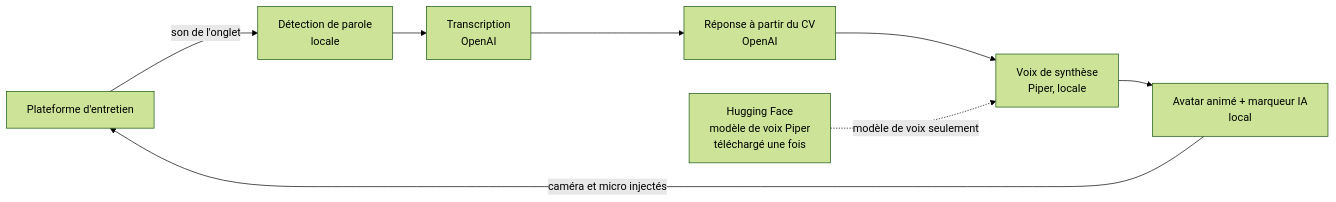
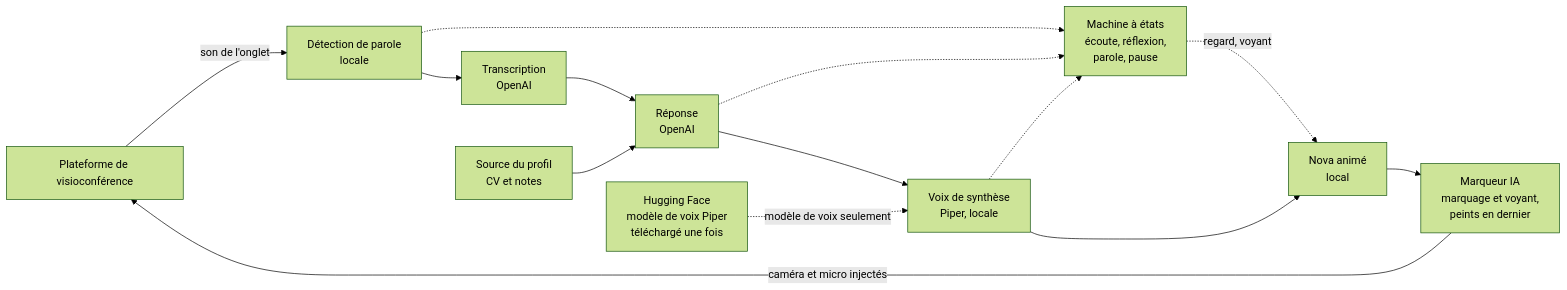
One commit to Donavan-projects/otherself changed the diagram in README.md. Above: the diagram before and after it, drawn with Mermaid (forest theme). The commit also changed other lines of this file and 4 other files, not shown here.

Commit message:
Étape 5 : mission en trois niveaux (projet OtherSelf, prototype Nova, démo de l'entretien automatisé), README réorganisé et version anglaise (README.en.md), spec et visuel marqués comme historiques, bandeau signalé comme remplacé dans les étapes

````diff
--- a/README.md
+++ b/README.md
@@ -22,10 +34,17 @@
 ```mermaid
 flowchart LR
-  P["Plateforme d'entretien"] -->|"son de l'onglet"| D["Détection de parole<br/>locale"]
+  P["Plateforme de visioconférence"] -->|"son de l'onglet"| D["Détection de parole<br/>locale"]
   D --> T["Transcription<br/>OpenAI"]
-  T --> R["Réponse à partir du CV<br/>OpenAI"]
+  T --> R["Réponse<br/>OpenAI"]
+  S["Source du profil<br/>CV et notes"] --> R
   R --> V["Voix de synthèse<br/>Piper, locale"]
   H["Hugging Face<br/>modèle de voix Piper<br/>téléchargé une fois"] -.->|"modèle de voix seulement"| V
-  V --> A["Avatar animé + marqueur IA<br/>local"]
-  A -->|"caméra et micro injectés"| P
+  E["Machine à états<br/>écoute, réflexion,<br/>parole, pause"]
+  D -.-> E
+  R -.-> E
+  V -.-> E
+  E -.->|"regard, voyant"| A
+  V --> A["Nova animé<br/>local"]
+  A --> M["Marqueur IA<br/>marquage et voyant,<br/>peints en dernier"]
+  M -->|"caméra et micro injectés"| P
 ```
````
